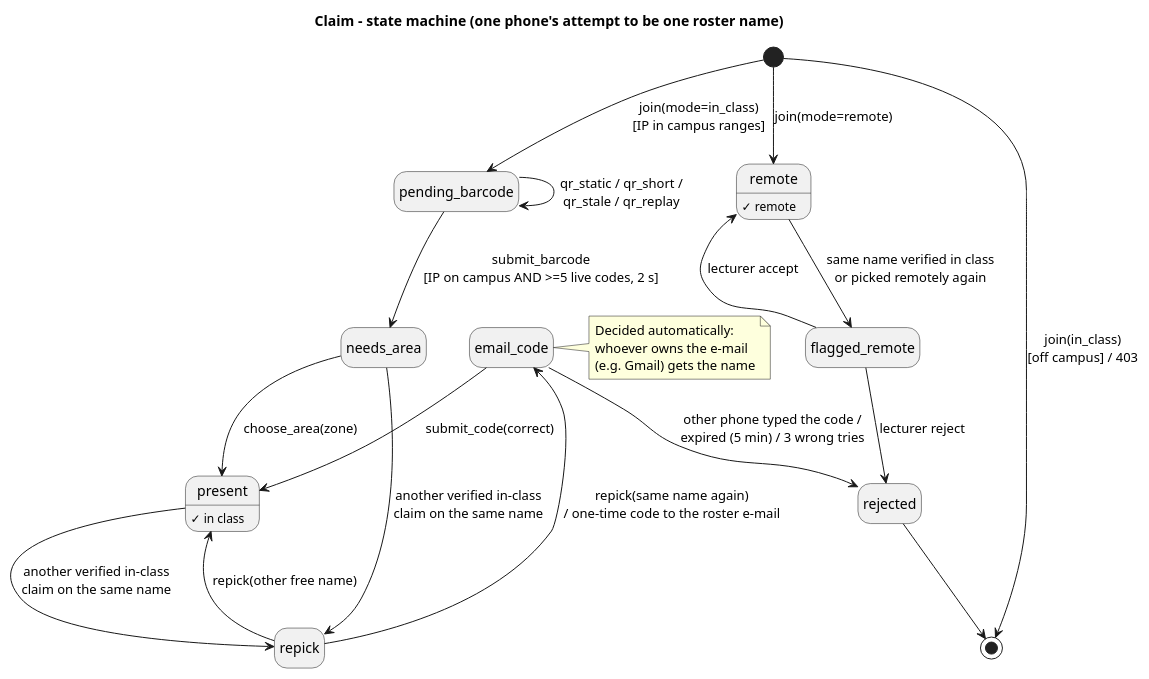
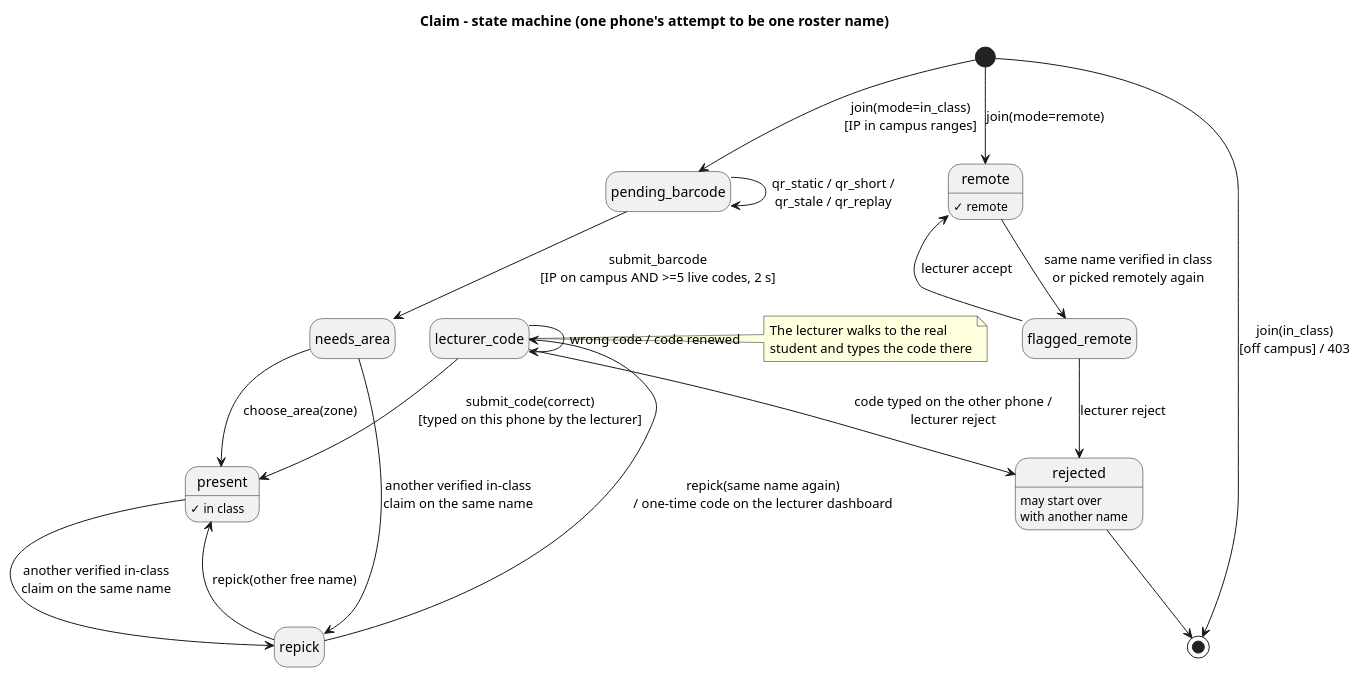
One commit to Haim-Barby/ZooMoodle changed the diagram in docs/diagrams/state-claim.puml. Above: the diagram before and after it, drawn with PlantUML. The commit also changed 38 other files, not shown here.

First line of the commit message:
Duplicate names: lecturer one-time code instead of e-mail

```diff
--- a/docs/diagrams/state-claim.puml
+++ b/docs/diagrams/state-claim.puml
@@ -1,32 +1,33 @@
 @startuml state-claim
 title Claim – state machine (one phone's attempt to be one roster name)
 hide empty description
 
 [*] --> remote : join(mode=remote)
 [*] --> pending_barcode : join(mode=in_class)\n[IP in campus ranges]
 [*] --> [*] : join(in_class)\n[off campus] / 403
 
 pending_barcode --> needs_area : submit_barcode\n[IP on campus AND >=5 live codes, 2 s]
 pending_barcode --> pending_barcode : qr_static / qr_short /\nqr_stale / qr_replay
 needs_area --> present : choose_area(zone)
 
 remote --> flagged_remote : same name verified in class\nor picked remotely again
 needs_area --> repick : another verified in-class\nclaim on the same name
 present --> repick : another verified in-class\nclaim on the same name
 repick --> present : repick(other free name)
-repick --> email_code : repick(same name again)\n/ one-time code to the roster e-mail
-email_code --> present : submit_code(correct)
-email_code --> rejected : other phone typed the code /\nexpired (5 min) / 3 wrong tries
+repick --> lecturer_code : repick(same name again)\n/ one-time code on the lecturer dashboard
+lecturer_code --> present : submit_code(correct)\n[typed on this phone by the lecturer]
+lecturer_code --> lecturer_code : wrong code / code renewed
+lecturer_code --> rejected : code typed on the other phone /\nlecturer reject
 
 flagged_remote --> remote : lecturer accept
 flagged_remote --> rejected : lecturer reject
 
-note right of email_code
-  Decided automatically:
-  whoever owns the e-mail
-  (e.g. Gmail) gets the name
+note right of lecturer_code
+  The lecturer walks to the real
+  student and types the code there
 end note
 present : ✓ in class
 remote : ✓ remote
+rejected : may start over\nwith another name
 rejected --> [*]
 @enduml
```
